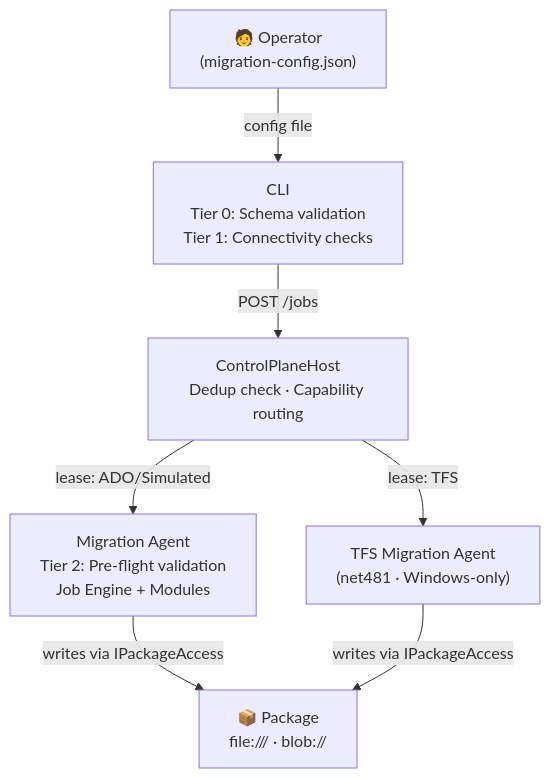
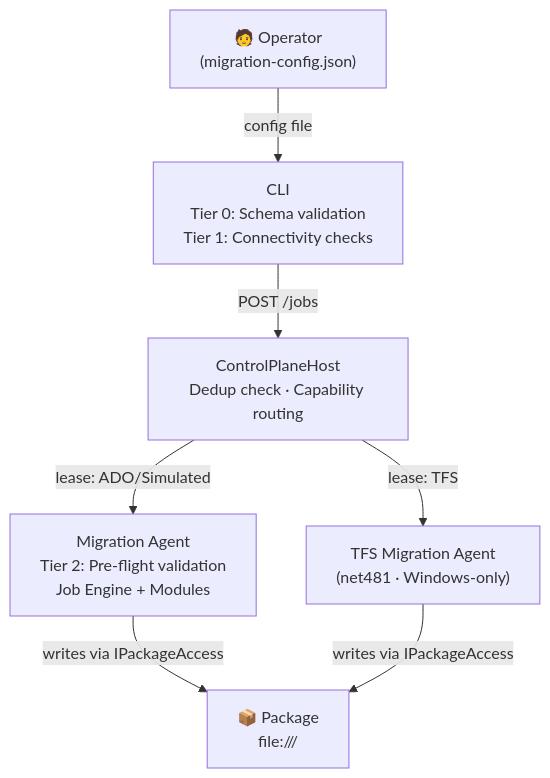
One commit to nkdAgility/azure-devops-migration-platform changed the second of 3 diagrams in docs/architecture.md. Above: the diagram before and after it, drawn with Mermaid. The commit also changed other lines of this file and 38 other files, not shown here.

````diff
--- a/docs/architecture.md
+++ b/docs/architecture.md
@@ -168,16 +193,16 @@
 ```mermaid
 flowchart TD
     Operator["🧑 Operator\n(migration-config.json)"]
     CLI["CLI\nTier 0: Schema validation\nTier 1: Connectivity checks"]
     CP["ControlPlaneHost\nDedup check · Capability routing"]
     Agent["Migration Agent\nTier 2: Pre-flight validation\nJob Engine + Modules"]
     TFSAgent["TFS Migration Agent\n(net481 · Windows-only)"]
-    Package["📦 Package\nfile:/// · blob://"]
+    Package["📦 Package\nfile:///"]
 
     Operator -->|config file| CLI
     CLI -->|POST /jobs| CP
     CP -->|lease: ADO/Simulated| Agent
     CP -->|lease: TFS| TFSAgent
     Agent -->|writes via IPackageAccess| Package
     TFSAgent -->|writes via IPackageAccess| Package
 ```
````
